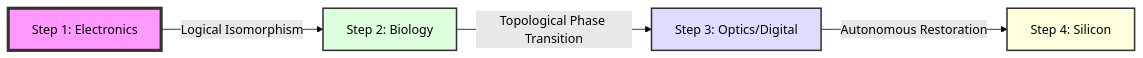
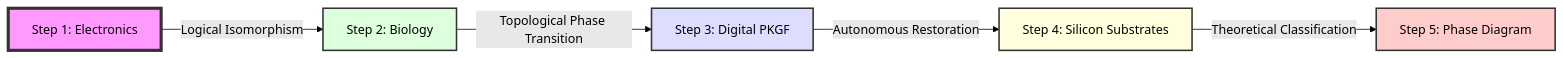
Before and after one commit to aikenkyu001/PoI_theory: diagram 14 of 30 in PoI_Theory_en.md, drawn with Mermaid (forest theme). The commit also changed other lines of this file and 8 other files, not shown here.

````diff
--- a/PoI_Theory_en.md
+++ b/PoI_Theory_en.md
@@ -1163,10 +1172,12 @@
 ```mermaid
 flowchart LR
     S1[Step 1: Electronics] -->|Logical Isomorphism| S2[Step 2: Biology]
-    S2 -->|Topological Phase Transition| S3[Step 3: Optics/Digital]
-    S3 -->|Autonomous Restoration| S4[Step 4: Silicon]
+    S2 -->|Topological Phase Transition| S3[Step 3: Digital PKGF]
+    S3 -->|Autonomous Restoration| S4[Step 4: Silicon Substrates]
+    S4 -->|Theoretical Classification| S5[Step 5: Phase Diagram]
     style S1 fill:#f9f,stroke:#333,stroke-width:4px
     style S2 fill:#dfd,stroke:#333,stroke-width:2px
     style S3 fill:#ddf,stroke:#333,stroke-width:2px
     style S4 fill:#ffd,stroke:#333,stroke-width:2px
+    style S5 fill:#fcc,stroke:#333,stroke-width:2px
 ```
````
